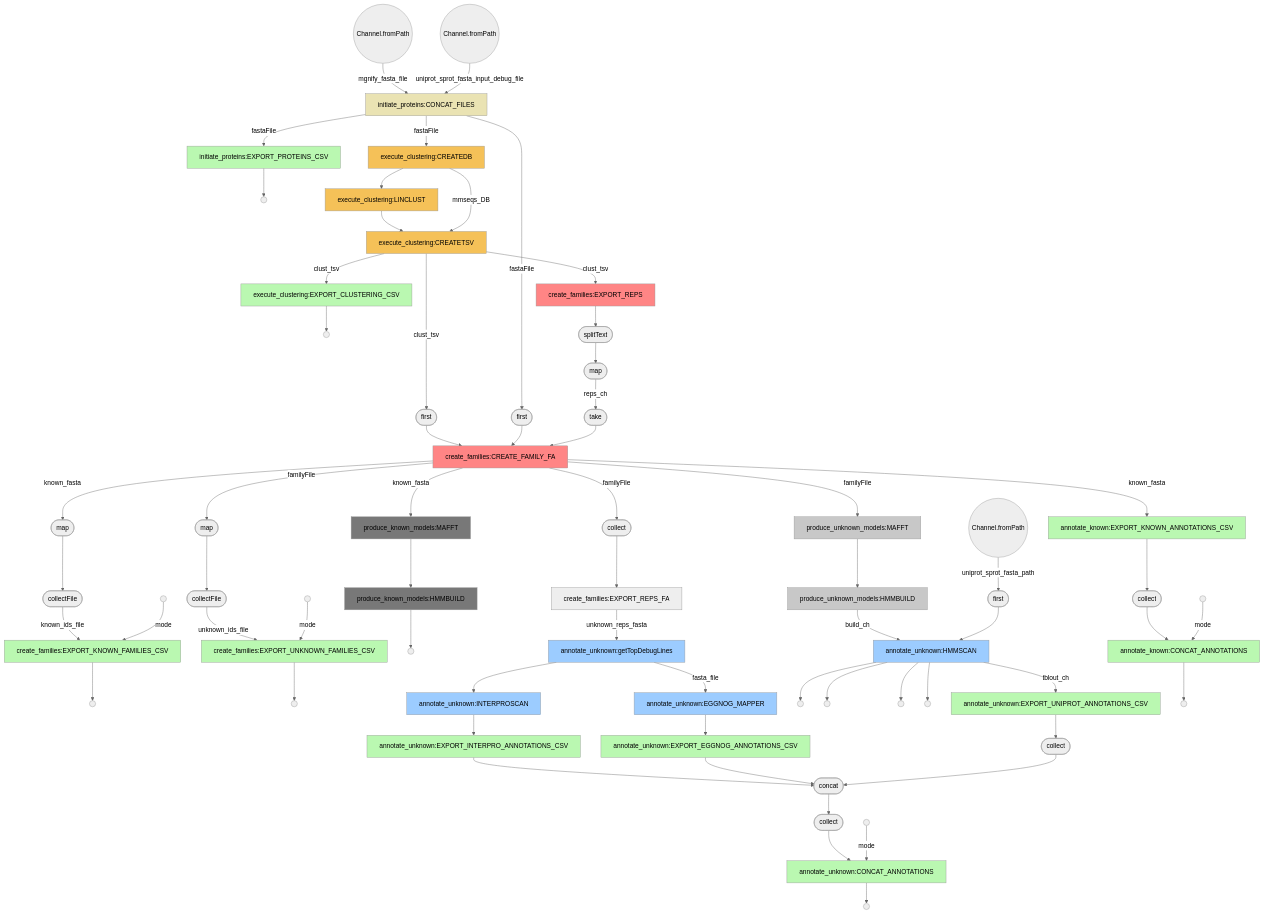
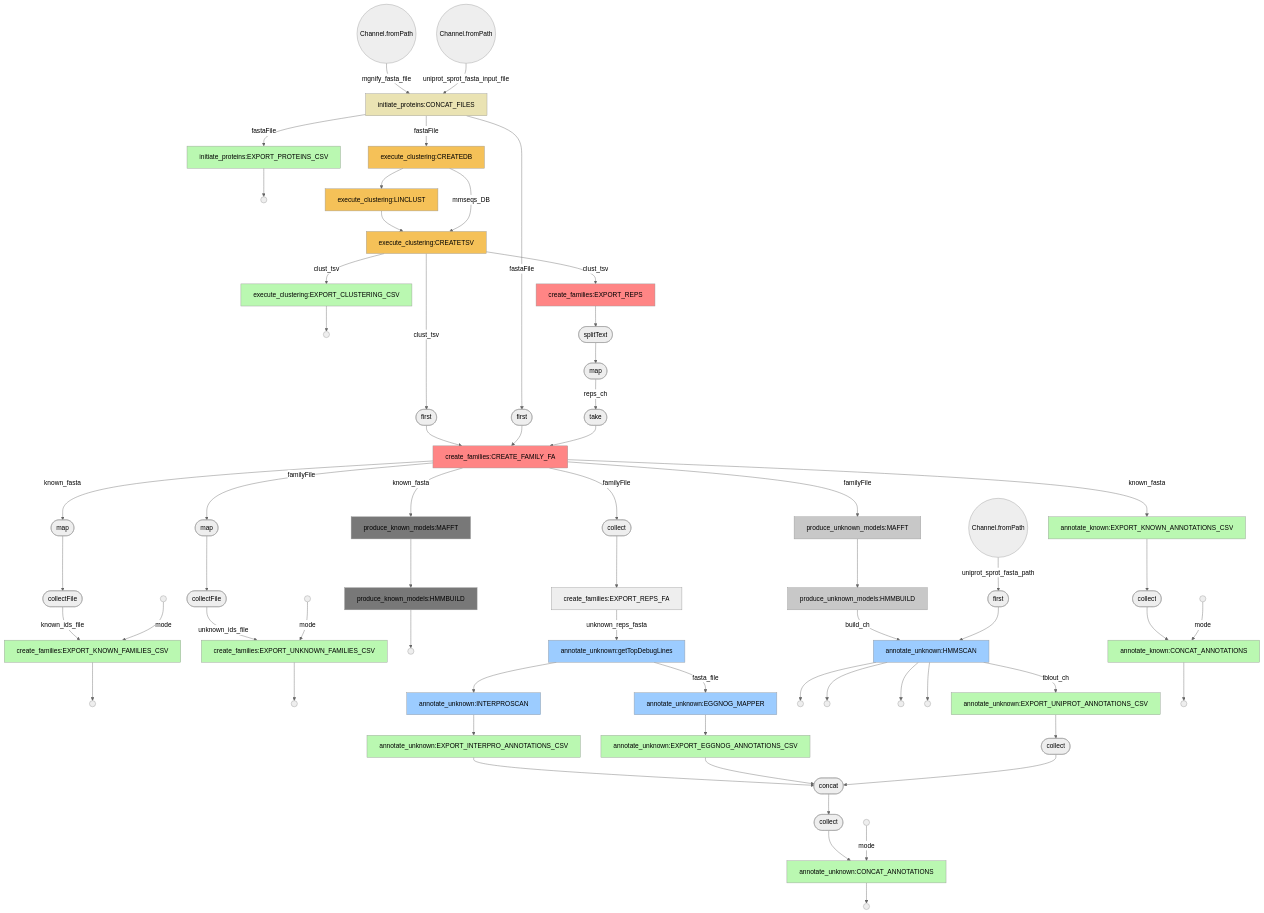
Before and after one commit to EBI-Metagenomics/mgnifams: the diagram in mgnifams_mermaid-flow.mmd, drawn with Mermaid (neutral theme). The commit also changed 4 other files, not shown here.

```diff
--- a/mgnifams_mermaid-flow.mmd
+++ b/mgnifams_mermaid-flow.mmd
@@ -1,145 +1,145 @@
 flowchart TD
     p0((Channel.fromPath))
     p1((Channel.fromPath))
     p2[initiate_proteins:CONCAT_FILES]
     style p2 fill:#eae3b3
     p3[initiate_proteins:EXPORT_PROTEINS_CSV]
     style p3 fill:#baf8b1
     p4(( ))
     p5[execute_clustering:CREATEDB]
     style p5 fill:#f5c158
     p6[execute_clustering:LINCLUST]
     style p6 fill:#f5c158
     p7[execute_clustering:CREATETSV]
     style p7 fill:#f5c158
     p8[execute_clustering:EXPORT_CLUSTERING_CSV]
     style p8 fill:#baf8b1
     p9(( ))
     p10[create_families:EXPORT_REPS]
     style p10 fill:#ff8585
     p11([splitText])
     p12([map])
     p13([first])
     p14([first])
     p15([take])
     p16[create_families:CREATE_FAMILY_FA]
     style p16 fill:#ff8585
     p17([map])
     p18([collectFile])
     p19(( ))
     p20[create_families:EXPORT_KNOWN_FAMILIES_CSV]
     style p20 fill:#baf8b1
     p21(( ))
     p22([collect])
     p23[create_families:EXPORT_REPS_FA]
     p24([map])
     p25([collectFile])
     p26(( ))
     p27[create_families:EXPORT_UNKNOWN_FAMILIES_CSV]
     style p27 fill:#baf8b1
     p28(( ))
     p29[produce_unknown_models:MAFFT]
     style p29 fill:#c8c8c8
     p30[produce_unknown_models:HMMBUILD]
     style p30 fill:#c8c8c8
     p31[produce_known_models:MAFFT]
     style p31 fill:#787878
     p32[produce_known_models:HMMBUILD]
     style p32 fill:#787878
     p33(( ))
     p34((Channel.fromPath))
     p35[annotate_unknown:getTopDebugLines]
     style p35 fill:#9cccff
     p36[annotate_unknown:INTERPROSCAN]
     style p36 fill:#9cccff
     p37[annotate_unknown:EGGNOG_MAPPER]
     style p37 fill:#9cccff
     p38([first])
     p39[annotate_unknown:HMMSCAN]
     style p39 fill:#9cccff
     p40(( ))
     p41(( ))
     p42(( ))
     p43(( ))
     p44[annotate_unknown:EXPORT_INTERPRO_ANNOTATIONS_CSV]
     style p44 fill:#baf8b1
     p45[annotate_unknown:EXPORT_EGGNOG_ANNOTATIONS_CSV]
     style p45 fill:#baf8b1
     p46[annotate_unknown:EXPORT_UNIPROT_ANNOTATIONS_CSV]
     style p46 fill:#baf8b1
     p47([collect])
     p48([concat])
     p49([collect])
     p50(( ))
     p51[annotate_unknown:CONCAT_ANNOTATIONS]
     style p51 fill:#baf8b1
     p52(( ))
     p53[annotate_known:EXPORT_KNOWN_ANNOTATIONS_CSV]
     style p53 fill:#baf8b1
     p54([collect])
     p55(( ))
     p56[annotate_known:CONCAT_ANNOTATIONS]
     style p56 fill:#baf8b1
     p57(( ))
     p0 -->|mgnify_fasta_file| p2
-    p1 -->|uniprot_sprot_fasta_input_debug_file| p2
+    p1 -->|uniprot_sprot_fasta_input_file| p2
     p2 -->|fastaFile| p3
     p3 --> p4
     p2 -->|fastaFile| p5
     p5 --> p6
     p6 --> p7
     p5 -->|mmseqs_DB| p7
     p7 -->|clust_tsv| p8
     p8 --> p9
     p7 -->|clust_tsv| p10
     p10 --> p11
     p11 --> p12
     p12 -->|reps_ch| p15
     p7 -->|clust_tsv| p13
     p13 --> p16
     p2 -->|fastaFile| p14
     p14 --> p16
     p15 --> p16
     p16 -->|known_fasta| p17
     p16 -->|familyFile| p22
     p17 --> p18
     p18 -->|known_ids_file| p20
     p19 -->|mode| p20
     p20 --> p21
     p22 --> p23
     p23 -->|unknown_reps_fasta| p35
     p16 -->|familyFile| p24
     p24 --> p25
     p25 -->|unknown_ids_file| p27
     p26 -->|mode| p27
     p27 --> p28
     p16 -->|familyFile| p29
     p29 --> p30
     p30 -->|build_ch| p39
     p16 -->|known_fasta| p31
     p31 --> p32
     p32 --> p33
     p34 -->|uniprot_sprot_fasta_path| p38
     p35 --> p36
     p36 --> p44
     p35 -->|fasta_file| p37
     p37 --> p45
     p38 --> p39
     p39 --> p43
     p39 --> p42
     p39 --> p41
     p39 --> p40
     p39 -->|tblout_ch| p46
     p44 --> p48
     p45 --> p48
     p46 --> p47
     p47 --> p48
     p48 --> p49
     p49 --> p51
     p50 -->|mode| p51
     p51 --> p52
     p16 -->|known_fasta| p53
     p53 --> p54
     p54 --> p56
     p55 -->|mode| p56
     p56 --> p57
```
